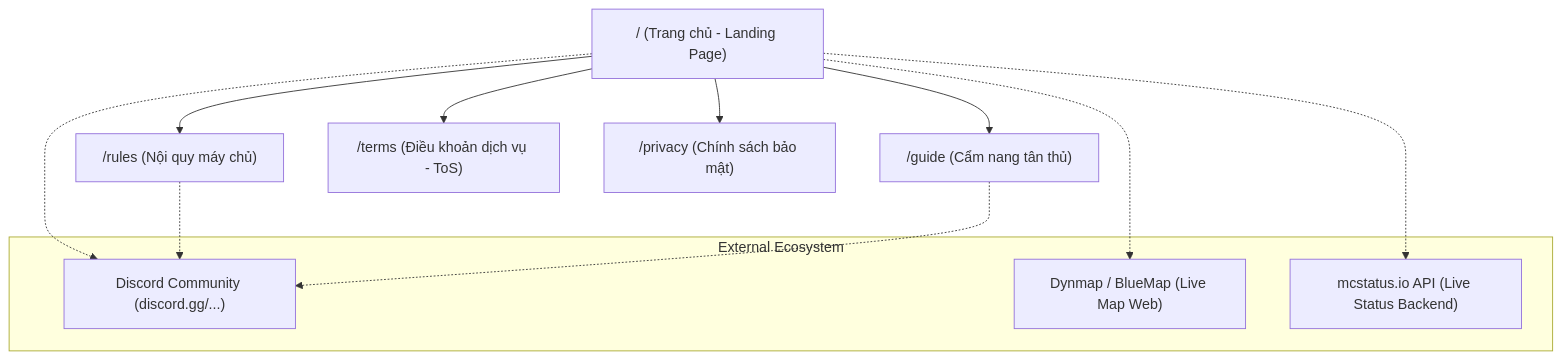
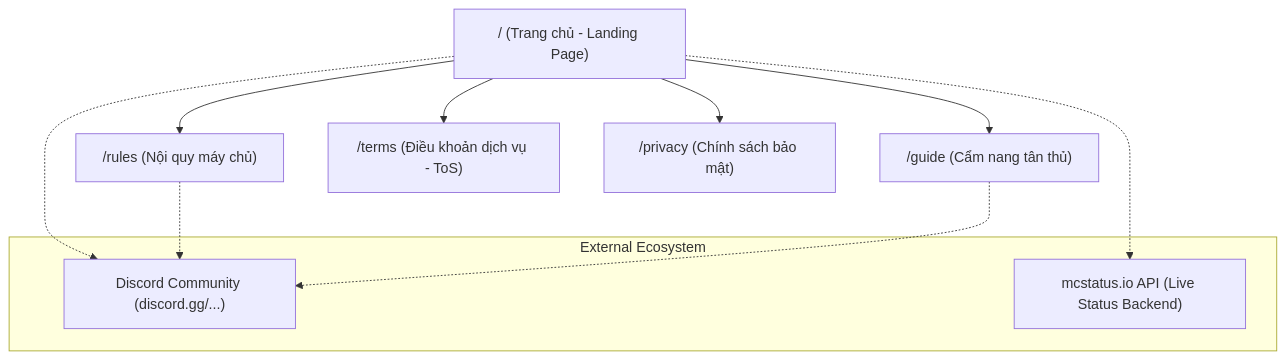
One commit to ItzTheChallenger312A/LunarChill.Club-Website changed the diagram in docs/01 - Research/Sitemap.md. Above: the diagram before and after it, drawn with Mermaid. The commit also changed other lines of this file and 20 other files, not shown here.

First line of the commit message:
Fix local navigation and remove live map links

````diff
--- a/docs/01 - Research/Sitemap.md
+++ b/docs/01 - Research/Sitemap.md
@@ -17,19 +17,17 @@
 ```mermaid
 graph TD
     A["/ (Trang chủ - Landing Page)"] --> B["/rules (Nội quy máy chủ)"]
     A --> C["/guide (Cẩm nang tân thủ)"]
     A --> D["/terms (Điều khoản dịch vụ - ToS)"]
     A --> E["/privacy (Chính sách bảo mật)"]
 
     subgraph "External Ecosystem"
         Discord["Discord Community (discord.gg/...)"]
-        LiveMap["Dynmap / BlueMap (Live Map Web)"]
         ServerStatus["mcstatus.io API (Live Status Backend)"]
     end
 
     A -.-> Discord
-    A -.-> LiveMap
     A -.-> ServerStatus
     B -.-> Discord
     C -.-> Discord
 ```
````
